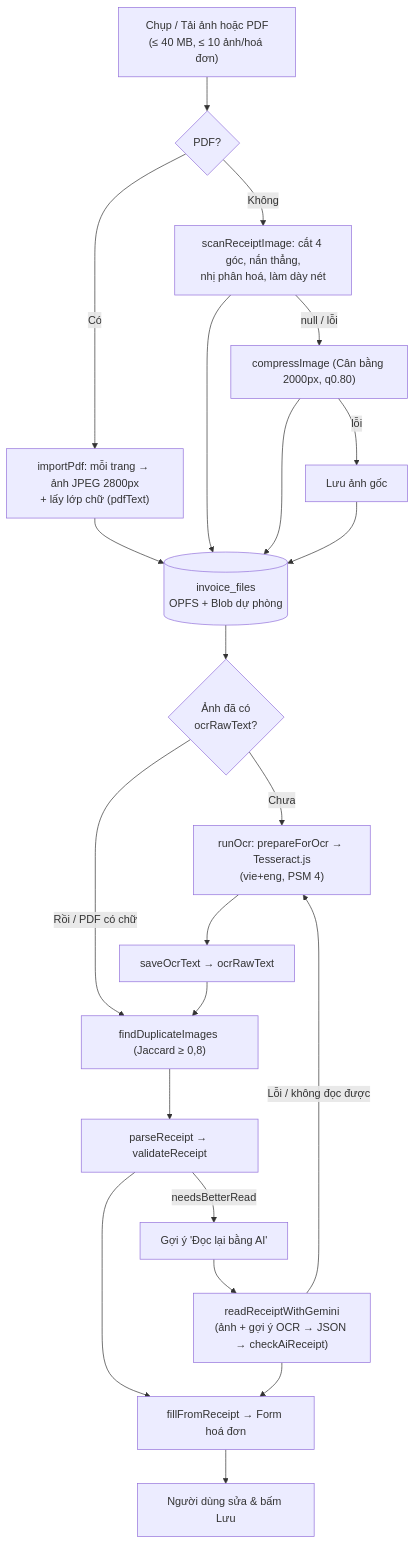
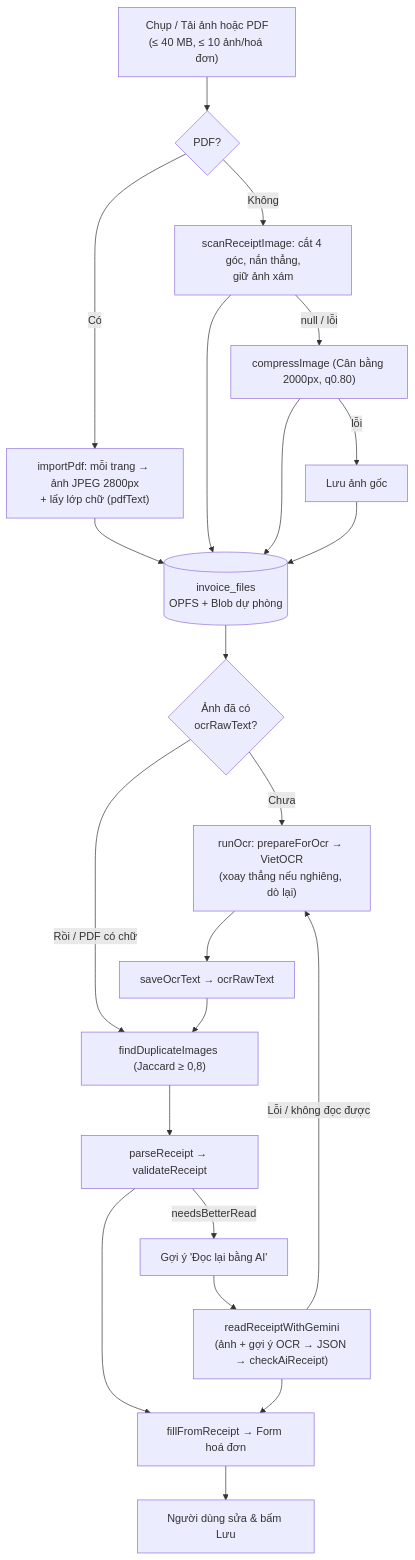
One commit to sakutara/chia-tien changed the diagram in documentation/05-ocr-and-receipt-reading.md. Above: the diagram before and after it, drawn with Mermaid. The commit also changed other lines of this file and 6 other files, not shown here.

First line of the commit message:
VietOCR: ảnh xám, tự xoay thẳng bill nghiêng, dòng chữ thu nhỏ mượt

````diff
--- a/documentation/05-ocr-and-receipt-reading.md
+++ b/documentation/05-ocr-and-receipt-reading.md
@@ -27,24 +27,24 @@
 ```mermaid
 flowchart TD
     In["Chụp / Tải ảnh hoặc PDF<br/>(≤ 40 MB, ≤ 10 ảnh/hoá đơn)"] --> Type{PDF?}
     Type -- Có --> Pdf["importPdf: mỗi trang → ảnh JPEG 2800px<br/>+ lấy lớp chữ (pdfText)"]
-    Type -- Không --> Scan["scanReceiptImage: cắt 4 góc, nắn thẳng,<br/>nhị phân hoá, làm dày nét"]
+    Type -- Không --> Scan["scanReceiptImage: cắt 4 góc, nắn thẳng,<br/>giữ ảnh xám"]
     Scan -- null / lỗi --> Comp["compressImage (Cân bằng 2000px, q0.80)"]
     Comp -- lỗi --> Raw["Lưu ảnh gốc"]
     Pdf --> Store[("invoice_files<br/>OPFS + Blob dự phòng")]
     Scan --> Store
     Comp --> Store
     Raw --> Store
     Store --> HasText{Ảnh đã có<br/>ocrRawText?}
-    HasText -- Chưa --> Ocr["runOcr: prepareForOcr → Tesseract.js<br/>(vie+eng, PSM 4)"]
+    HasText -- Chưa --> Ocr["runOcr: prepareForOcr → VietOCR<br/>(xoay thẳng nếu nghiêng, dò lại)"]
     Ocr --> Save["saveOcrText → ocrRawText"]
     HasText -- Rồi / PDF có chữ --> Dup
     Save --> Dup["findDuplicateImages (Jaccard ≥ 0,8)"]
     Dup --> Parse["parseReceipt → validateReceipt"]
     Parse --> Fill["fillFromReceipt → Form hoá đơn"]
     Parse -- needsBetterRead --> Hint["Gợi ý 'Đọc lại bằng AI'"]
     Hint --> Ai["readReceiptWithGemini<br/>(ảnh + gợi ý OCR → JSON → checkAiReceipt)"]
     Ai -- Lỗi / không đọc được --> Ocr
     Ai --> Fill
     Fill --> User["Người dùng sửa & bấm Lưu"]
 ```
````
